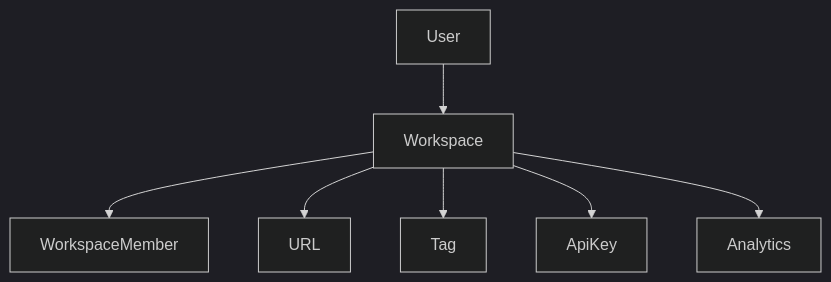
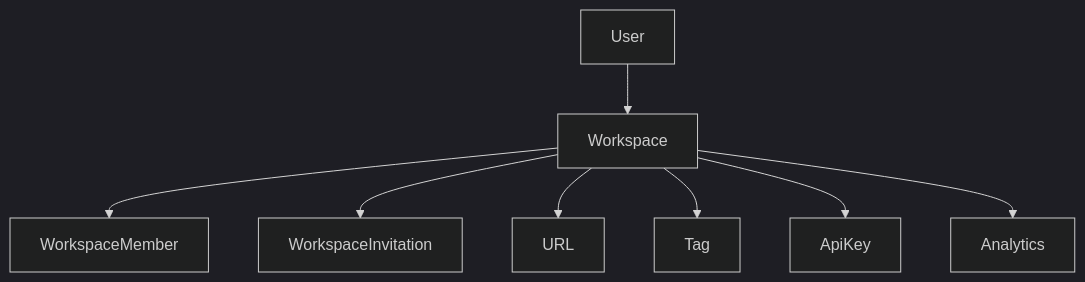
The first of 3 diagrams in docs/architecture/workspace/Workspace-Architecture.md (datnguyxn/LinkFlow), drawn with Mermaid (dark theme) before and after one commit. The commit also changed other lines of this file and 14 other files, not shown here.

Commit message:
docs(architecture): add workspace module documentation

````diff
--- a/docs/architecture/workspace/Workspace-Architecture.md
+++ b/docs/architecture/workspace/Workspace-Architecture.md
@@ -29,17 +29,19 @@
 ```mermaid
 flowchart TD
 
 User
 
 User --> Workspace
 
 Workspace --> WorkspaceMember
 
+Workspace --> WorkspaceInvitation
+
 Workspace --> URL
 
 Workspace --> Tag
 
 Workspace --> ApiKey
 
 Workspace --> Analytics
 ```
````
